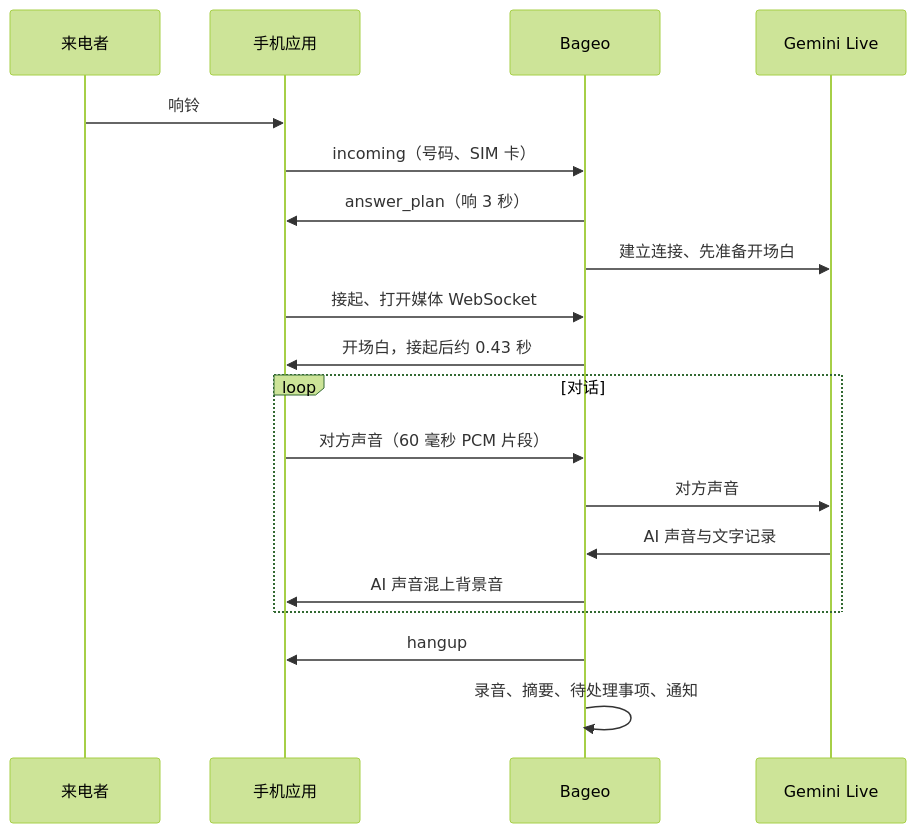
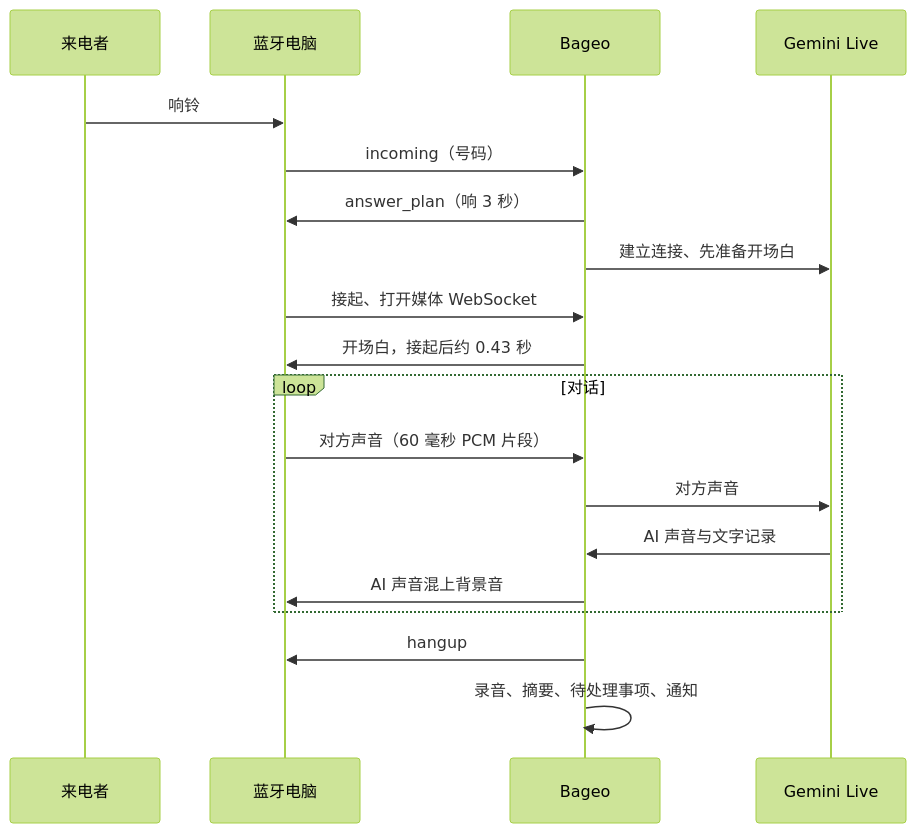
One commit to h4lo-void/bageo-call-bluetooth changed the second of 2 diagrams in docs/zh-CN/ARCHITECTURE.md. Above: the diagram before and after it, drawn with Mermaid (forest theme). The commit also changed other lines of this file and 94 other files, not shown here.

````diff
--- a/docs/zh-CN/ARCHITECTURE.md
+++ b/docs/zh-CN/ARCHITECTURE.md
@@ -79,21 +79,21 @@
 ```mermaid
 sequenceDiagram
     participant C as 来电者
-    participant P as 手机应用
+    participant P as 蓝牙电脑
     participant A as Bageo
     participant G as Gemini Live
     C->>P: 响铃
-    P->>A: incoming（号码、SIM 卡）
+    P->>A: incoming（号码）
     A->>P: answer_plan（响 3 秒）
     A->>G: 建立连接、先准备开场白
     P->>A: 接起、打开媒体 WebSocket
     A->>P: 开场白，接起后约 0.43 秒
     loop 对话
         P->>A: 对方声音（60 毫秒 PCM 片段）
         A->>G: 对方声音
         G->>A: AI 声音与文字记录
         A->>P: AI 声音混上背景音
     end
     A->>P: hangup
     A->>A: 录音、摘要、待处理事项、通知
 ```
````
